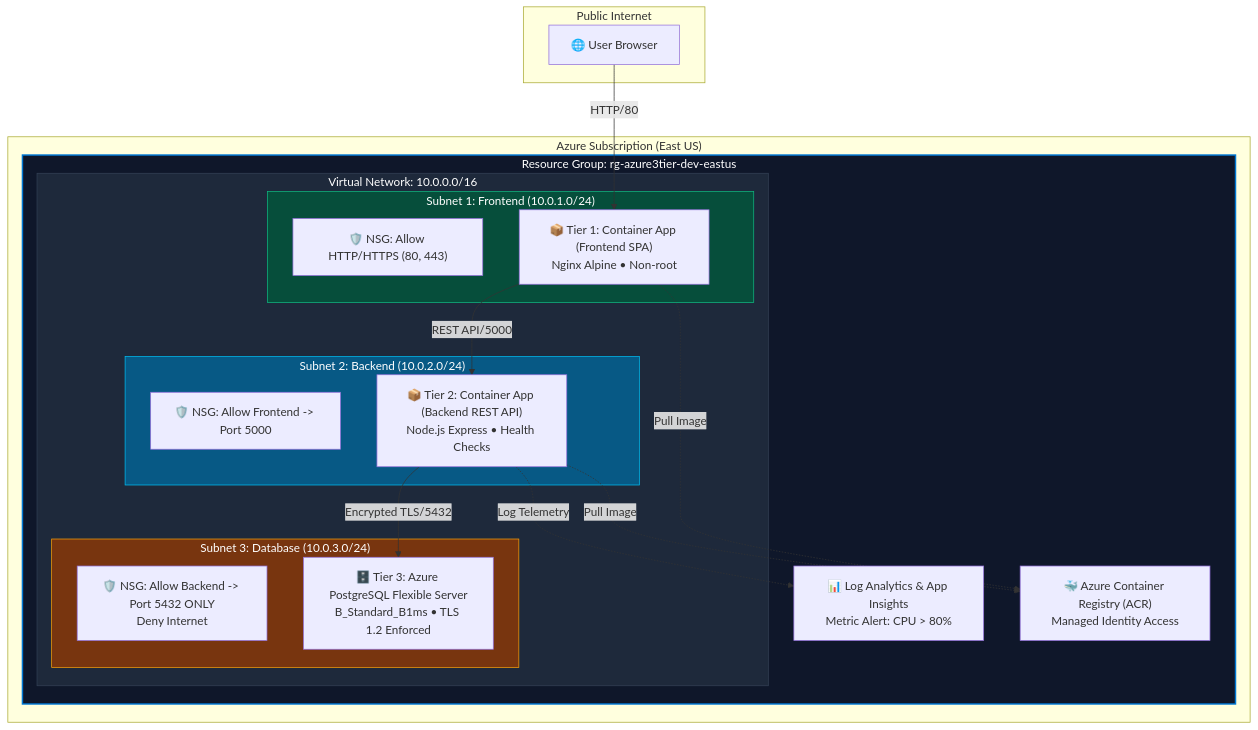
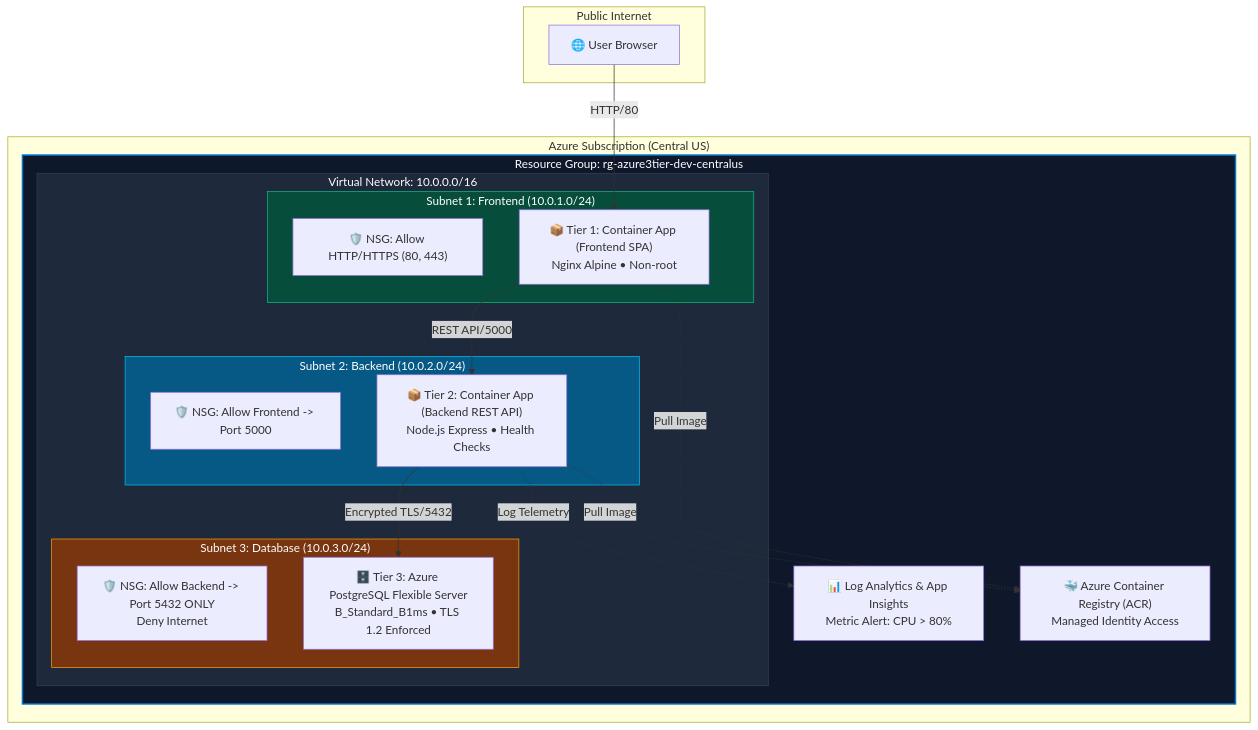
Before and after one commit to ezzattarek14/Azure-project: the diagram in README.md, drawn with Mermaid. The commit also changed other lines of this file and 3 other files, not shown here.

Commit message:
update resource group location from eastus2 to centralus in README, architecture diagram, and Terraform variables

````diff
--- a/README.md
+++ b/README.md
@@ -17,47 +17,47 @@
 ```mermaid
 graph TD
     subgraph Client["Public Internet"]
         User["🌐 User Browser"]
     end
 
-    subgraph Azure["Azure Subscription (East US)"]
-        subgraph RG["Resource Group: rg-azure3tier-dev-eastus"]
+    subgraph Azure["Azure Subscription (Central US)"]
+        subgraph RG["Resource Group: rg-azure3tier-dev-centralus"]
             
             subgraph VNet["Virtual Network: 10.0.0.0/16"]
                 
                 subgraph Snet1["Subnet 1: Frontend (10.0.1.0/24)"]
                     NSG1["🛡️ NSG: Allow HTTP/HTTPS (80, 443)"]
                     CA_FE["📦 Tier 1: Container App (Frontend SPA)<br/>Nginx Alpine • Non-root"]
                 end
                 
                 subgraph Snet2["Subnet 2: Backend (10.0.2.0/24)"]
                     NSG2["🛡️ NSG: Allow Frontend -> Port 5000"]
                     CA_BE["📦 Tier 2: Container App (Backend REST API)<br/>Node.js Express • Health Checks"]
                 end
                 
                 subgraph Snet3["Subnet 3: Database (10.0.3.0/24)"]
                     NSG3["🛡️ NSG: Allow Backend -> Port 5432 ONLY<br/>Deny Internet"]
                     PG_DB["🗄️ Tier 3: Azure PostgreSQL Flexible Server<br/>B_Standard_B1ms • TLS 1.2 Enforced"]
                 end
 
             end
             
             ACR["🐳 Azure Container Registry (ACR)<br/>Managed Identity Access"]
             MON["📊 Log Analytics & App Insights<br/>Metric Alert: CPU > 80%"]
 
         end
     end
 
     User -->|HTTP/80| CA_FE
     CA_FE -->|REST API/5000| CA_BE
     CA_BE -->|Encrypted TLS/5432| PG_DB
     CA_BE -.->|Log Telemetry| MON
     CA_FE -.->|Pull Image| ACR
     CA_BE -.->|Pull Image| ACR
 
     style RG fill:#0f172a,stroke:#0078d4,stroke-width:2px,color:#fff
     style VNet fill:#1e293b,stroke:#334155,stroke-width:1px,color:#fff
     style Snet1 fill:#064e3b,stroke:#10b981,stroke-width:1px,color:#fff
     style Snet2 fill:#075985,stroke:#00bcf2,stroke-width:1px,color:#fff
     style Snet3 fill:#78350f,stroke:#f59e0b,stroke-width:1px,color:#fff
 ```
````
